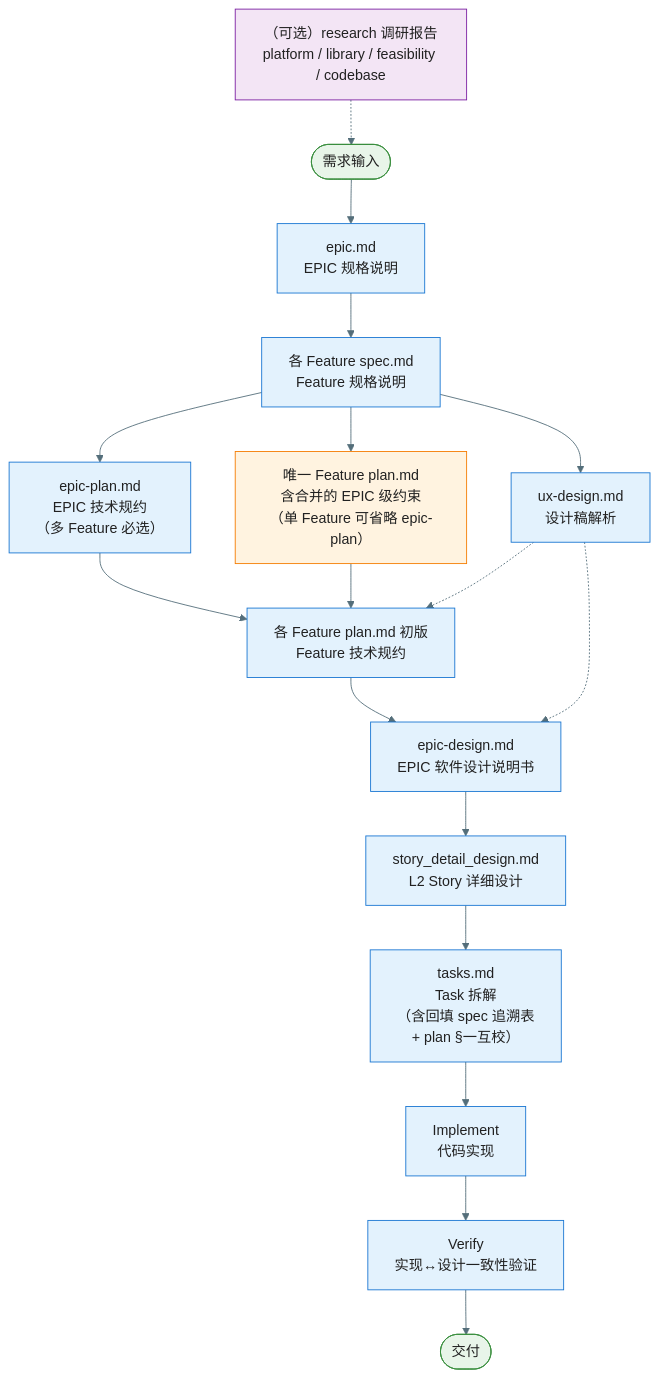
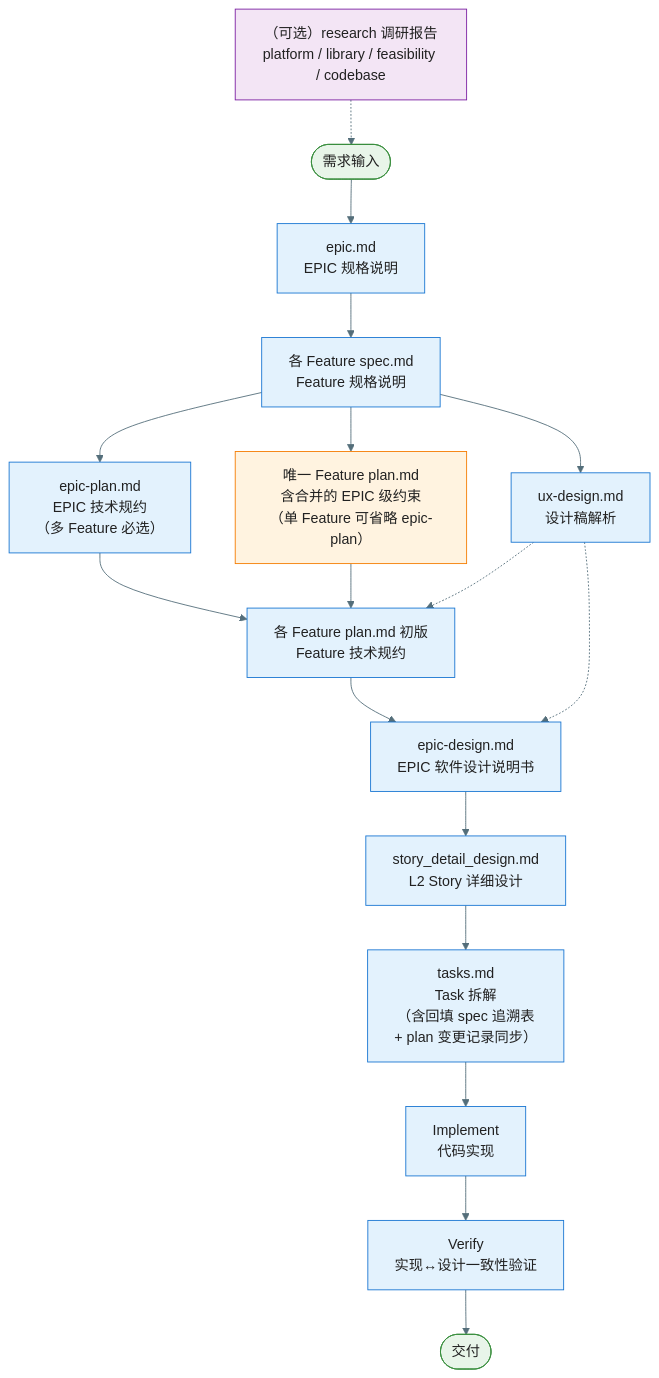
One commit to jackykarma/Verity changed the first of 5 diagrams in docs/workflow-overview.md. Above: the diagram before and after it, drawn with Mermaid. The commit also changed other lines of this file and 30 other files, not shown here.

````diff
--- a/docs/workflow-overview.md
+++ b/docs/workflow-overview.md
@@ -9,33 +9,33 @@
 ```mermaid
 %%{init: {'theme': 'base', 'themeVariables': { 'primaryColor': '#E3F2FD', 'primaryTextColor': '#212121', 'primaryBorderColor': '#1976D2', 'lineColor': '#546E7A'}}}%%
 flowchart TD
     Research["（可选）research 调研报告<br/>platform / library / feasibility / codebase"] -.-> Start
     Start([需求输入]) --> EpicMd["epic.md<br/>EPIC 规格说明"]
     EpicMd --> SpecMd["各 Feature spec.md<br/>Feature 规格说明"]
     SpecMd --> EpicPlan["epic-plan.md<br/>EPIC 技术规约<br/>（多 Feature 必选）"]
     SpecMd --> PlanSingle["唯一 Feature plan.md<br/>含合并的 EPIC 级约束<br/>（单 Feature 可省略 epic-plan）"]
     SpecMd --> UxDesign["ux-design.md<br/>设计稿解析"]
     EpicPlan --> PlanMd["各 Feature plan.md 初版<br/>Feature 技术规约"]
     PlanSingle --> PlanMd
     UxDesign -.-> PlanMd
     PlanMd --> EpicDesign["epic-design.md<br/>EPIC 软件设计说明书"]
     UxDesign -.-> EpicDesign
     EpicDesign --> StoryDesign["story_detail_design.md<br/>L2 Story 详细设计"]
-    StoryDesign --> TasksMd["tasks.md<br/>Task 拆解<br/>（含回填 spec 追溯表<br/>+ plan §一互校）"]
+    StoryDesign --> TasksMd["tasks.md<br/>Task 拆解<br/>（含回填 spec 追溯表<br/>+ plan 变更记录同步）"]
     TasksMd --> Implement["Implement<br/>代码实现"]
     Implement --> Verify["Verify<br/>实现↔设计一致性验证"]
     Verify --> Done([交付])
 
     style Research fill:#F3E5F5,stroke:#7B1FA2
     style Start fill:#E8F5E9,stroke:#388E3C
     style Done fill:#E8F5E9,stroke:#388E3C
     style EpicMd fill:#E3F2FD,stroke:#1976D2
     style SpecMd fill:#E3F2FD,stroke:#1976D2
     style EpicPlan fill:#E3F2FD,stroke:#1976D2
     style PlanSingle fill:#FFF3E0,stroke:#F57C00
     style UxDesign fill:#E3F2FD,stroke:#1976D2
     style PlanMd fill:#E3F2FD,stroke:#1976D2
     style EpicDesign fill:#E3F2FD,stroke:#1976D2
     style StoryDesign fill:#E3F2FD,stroke:#1976D2
     style TasksMd fill:#E3F2FD,stroke:#1976D2
 ```
````
